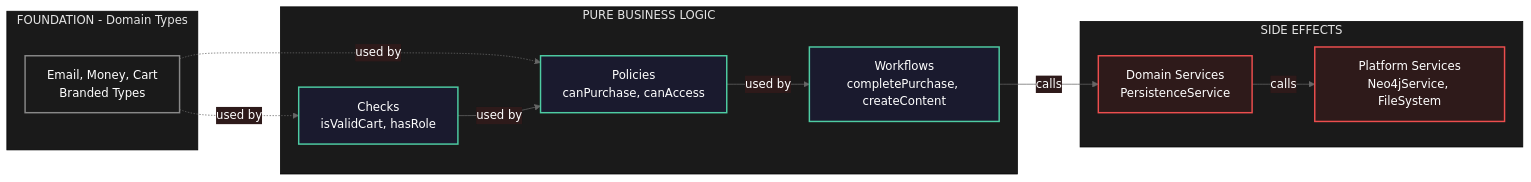
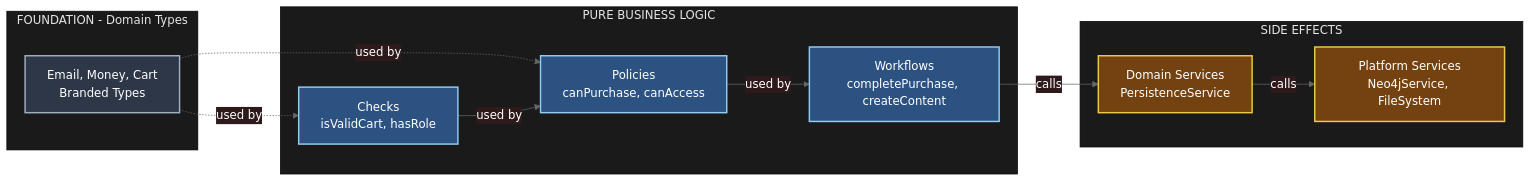
Before and after one commit to eatthoselemons/effect-template: the diagram in README.md, drawn with Mermaid.

Commit message:
diagram improvements

````diff
--- a/README.md
+++ b/README.md
@@ -44,33 +44,33 @@
 ```mermaid
 %%{init: {'theme':'base', 'themeVariables': {'primaryColor':'#1a1a2e','primaryTextColor':'#fff','primaryBorderColor':'#4ecca3','lineColor':'#666','secondaryColor':'#2e1a1a','tertiaryColor':'#1a1a1a'}}}%%
 flowchart LR
     subgraph DT[" FOUNDATION - Domain Types "]
         DT1[Email, Money, Cart<br/>Branded Types]
     end
     
     subgraph BL[" PURE BUSINESS LOGIC "]
         C[Checks<br/>isValidCart, hasRole]
         P[Policies<br/>canPurchase, canAccess]
         W[Workflows<br/>completePurchase, createContent]
     end
     
     subgraph SYS[" SIDE EFFECTS "]
         DS[Domain Services<br/>PersistenceService]
         PS[Platform Services<br/>Neo4jService, FileSystem]
     end
     
     DT1 -.->|used by| C
     DT1 -.->|used by| P
     C -->|used by| P
     P -->|used by| W
     W -->|calls| DS
     DS -->|calls| PS
     
-    classDef foundation fill:#1a1a1a,stroke:#888,color:#fff,stroke-width:2px
-    classDef pure fill:#1a1a2e,stroke:#4ecca3,color:#fff,stroke-width:2px
-    classDef effects fill:#2e1a1a,stroke:#ec4e4e,color:#fff,stroke-width:2px
+    classDef foundation fill:#2d3748,stroke:#a0aec0,color:#fff,stroke-width:2px
+    classDef pure fill:#2c5282,stroke:#90cdf4,color:#fff,stroke-width:2px
+    classDef effects fill:#744210,stroke:#ecc94b,color:#fff,stroke-width:2px
     
     class DT1 foundation
     class C,P,W pure
     class DS,PS effects
 ```
````
